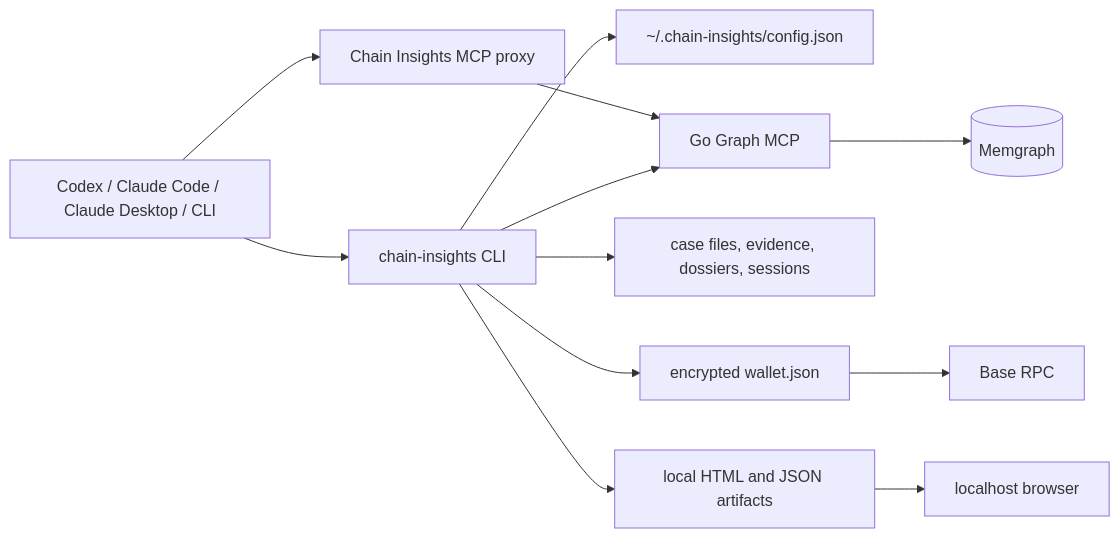
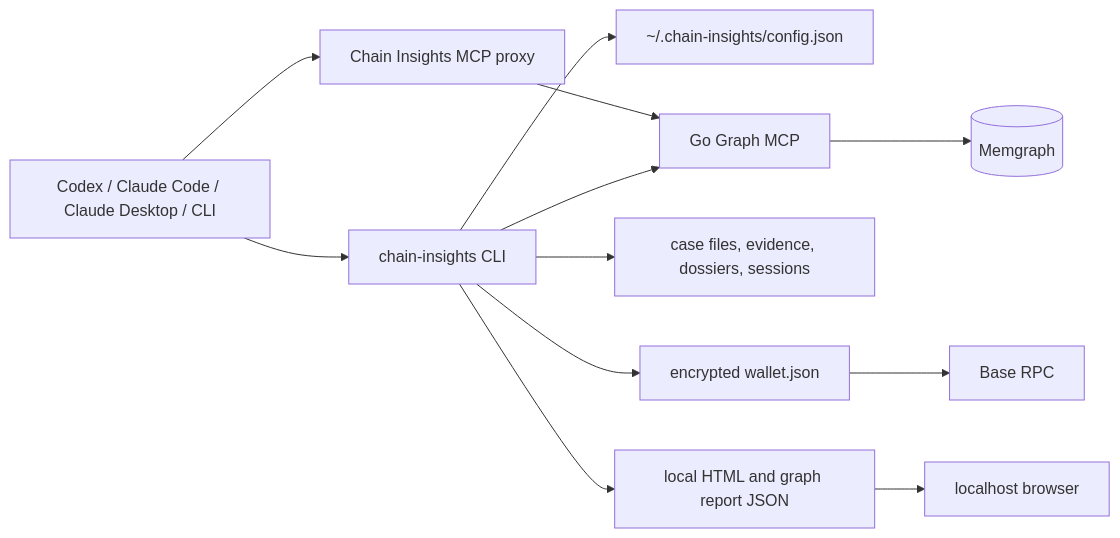
Before and after one commit to chainswarm/chain-insights: the diagram in README.md, drawn with Mermaid. The commit also changed other lines of this file and 145 other files, not shown here.

Commit message:
chore: remove graph artifact storage contract

````diff
--- a/README.md
+++ b/README.md
@@ -516,14 +516,14 @@
 ```mermaid
 flowchart LR
   Agent[Codex / Claude Code / Claude Desktop / CLI] --> Proxy[Chain Insights MCP proxy]
   Agent --> CLI[chain-insights CLI]
   CLI --> Config[~/.chain-insights/config.json]
   CLI --> Wallet[encrypted wallet.json]
   CLI --> Cases[case files, evidence, dossiers, sessions]
-  CLI --> Viz[local HTML and JSON artifacts]
+  CLI --> Viz[local HTML and graph report JSON]
   Proxy --> GraphMCP[Go Graph MCP]
   CLI --> GraphMCP
   GraphMCP --> Memgraph[(Memgraph)]
   Wallet --> Base[Base RPC]
   Viz --> Browser[localhost browser]
 ```
````
